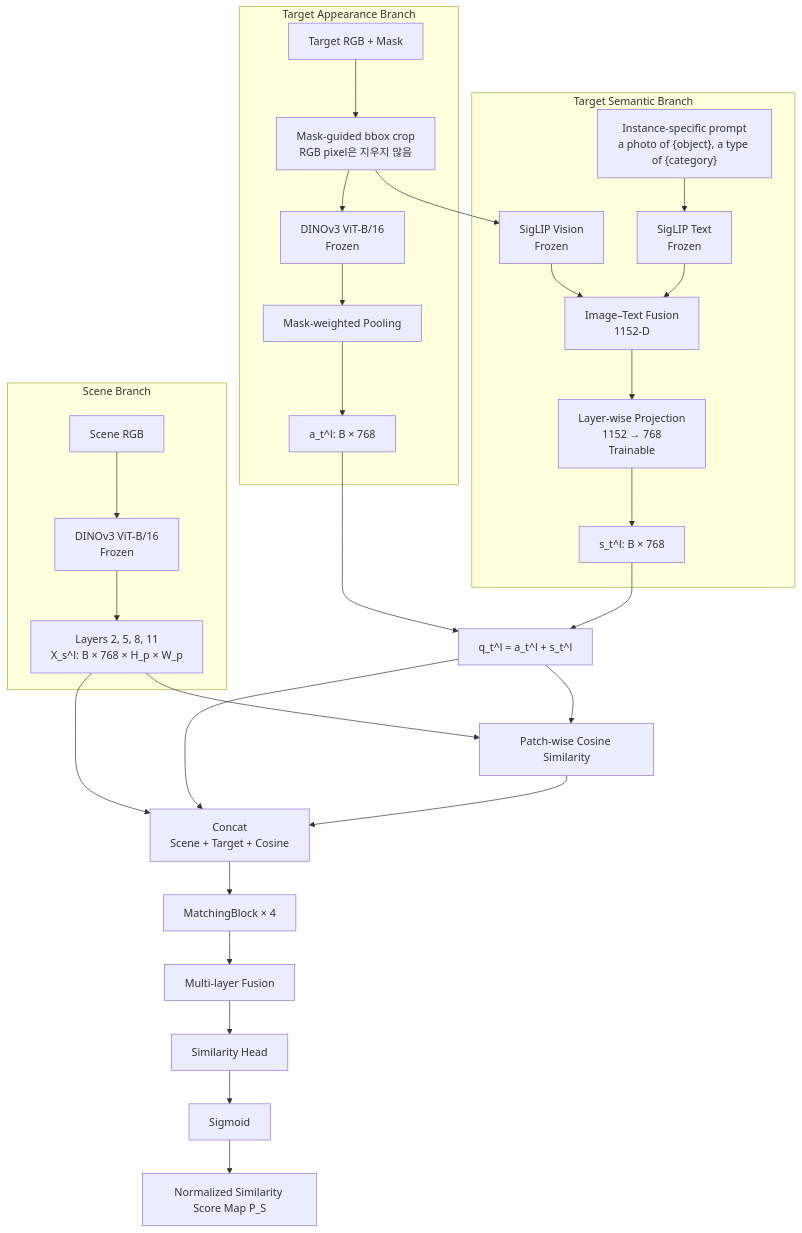
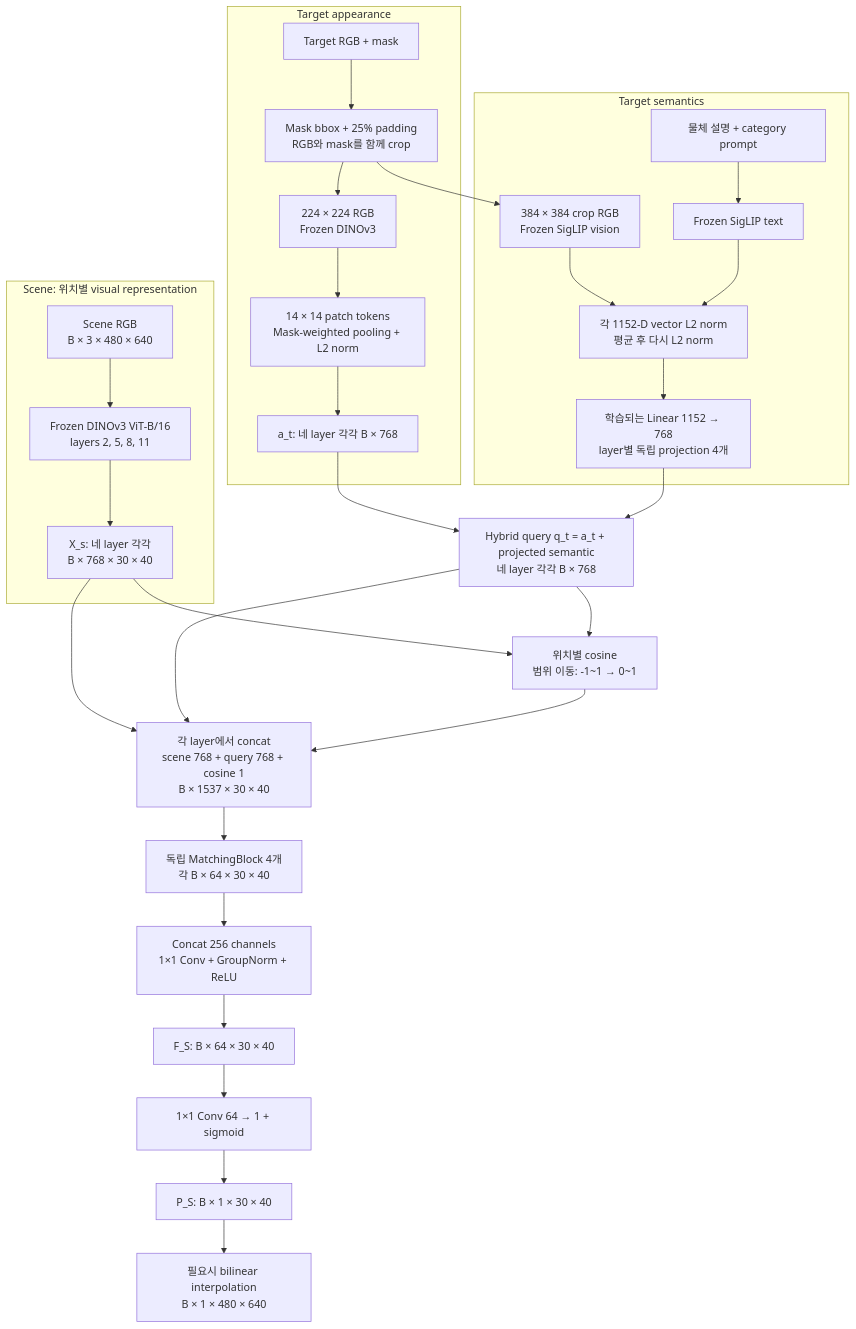
Before and after one commit to JeonHaneul/2D-PDM_DINOv3: the second of 7 diagrams in README.md, drawn with Mermaid. The commit also changed other lines of this file and 1 other file, not shown here.

Commit message:
docs: organize stream architectures, supervision, and design rationale

````diff
--- a/README.md
+++ b/README.md
@@ -123,43 +128,39 @@
 ```mermaid
 flowchart TB
-    subgraph SCENE["Scene Branch"]
-        SRGB["Scene RGB"]
-        SDINO["DINOv3 ViT-B/16<br/>Frozen"]
-        SFEAT["Layers 2, 5, 8, 11<br/>X_s^l: B × 768 × H_p × W_p"]
-        SRGB --> SDINO --> SFEAT
+    subgraph SCENE["Scene: 위치별 visual representation"]
+        SRGB["Scene RGB<br/>B × 3 × 480 × 640"]
+        SDINO["Frozen DINOv3 ViT-B/16<br/>layers 2, 5, 8, 11"]
+        SF["X_s: 네 layer 각각<br/>B × 768 × 30 × 40"]
+        SRGB --> SDINO --> SF
     end
-
-    subgraph APPEARANCE["Target Appearance Branch"]
-        TRGB["Target RGB + Mask"]
-        CROP["Mask-guided bbox crop<br/>RGB pixel은 지우지 않음"]
-        TDINO["DINOv3 ViT-B/16<br/>Frozen"]
-        POOL["Mask-weighted Pooling"]
-        AVEC["a_t^l: B × 768"]
-        TRGB --> CROP --> TDINO --> POOL --> AVEC
+    subgraph TARGET["Target appearance"]
+        TRGB["Target RGB + mask"]
+        CROP["Mask bbox + 25% padding<br/>RGB와 mask를 함께 crop"]
+        TDINO["224 × 224 RGB<br/>Frozen DINOv3"]
+        POOL["14 × 14 patch tokens<br/>Mask-weighted pooling + L2 norm"]
+        AV["a_t: 네 layer 각각 B × 768"]
+        TRGB --> CROP --> TDINO --> POOL --> AV
     end
-
-    subgraph SEMANTIC["Target Semantic Branch"]
-        SIGIMG["SigLIP Vision<br/>Frozen"]
-        PROMPT["Instance-specific prompt<br/>a photo of {object}, a type of {category}"]
-        SIGTXT["SigLIP Text<br/>Frozen"]
-        SEMFUSE["Image–Text Fusion<br/>1152-D"]
-        PROJ["Layer-wise Projection<br/>1152 → 768<br/>Trainable"]
-        SVEC["s_t^l: B × 768"]
-        CROP --> SIGIMG --> SEMFUSE
-        PROMPT --> SIGTXT --> SEMFUSE
-        SEMFUSE --> PROJ --> SVEC
+    subgraph SEM["Target semantics"]
+        SI["384 × 384 crop RGB<br/>Frozen SigLIP vision"]
+        PROMPT["물체 설명 + category prompt"]
+        ST["Frozen SigLIP text"]
+        MIX["각 1152-D vector L2 norm<br/>평균 후 다시 L2 norm"]
+        PROJ["학습되는 Linear 1152 → 768<br/>layer별 독립 projection 4개"]
+        CROP --> SI --> MIX
+        PROMPT --> ST --> MIX --> PROJ
     end
-
-    AVEC --> QFUSE["q_t^l = a_t^l + s_t^l"]
-    SVEC --> QFUSE
-    SFEAT --> COS["Patch-wise Cosine Similarity"]
-    QFUSE --> COS
-    SFEAT --> INTERACT["Concat<br/>Scene + Target + Cosine"]
-    QFUSE --> INTERACT
-    COS --> INTERACT
-    INTERACT --> BLOCKS["MatchingBlock × 4"]
-    BLOCKS --> LFUSE["Multi-layer Fusion"]
-    LFUSE --> HEAD["Similarity Head"]
-    HEAD --> SIGMOID["Sigmoid"]
-    SIGMOID --> PMAP["Normalized Similarity Score Map P_S"]
+    AV --> QUERY["Hybrid query q_t = a_t + projected semantic<br/>네 layer 각각 B × 768"]
+    PROJ --> QUERY
+    SF --> COS["위치별 cosine<br/>범위 이동: -1~1 → 0~1"]
+    QUERY --> COS
+    SF --> INTER["각 layer에서 concat<br/>scene 768 + query 768 + cosine 1<br/>B × 1537 × 30 × 40"]
+    QUERY --> INTER
+    COS --> INTER
+    INTER --> MATCH["독립 MatchingBlock 4개<br/>각 B × 64 × 30 × 40"]
+    MATCH --> FUSE["Concat 256 channels<br/>1×1 Conv + GroupNorm + ReLU"]
+    FUSE --> FS["F_S: B × 64 × 30 × 40"]
+    FS --> HEAD["1×1 Conv 64 → 1 + sigmoid"]
+    HEAD --> PS["P_S: B × 1 × 30 × 40"]
+    PS --> UP["필요시 bilinear interpolation<br/>B × 1 × 480 × 640"]
 ```
````
